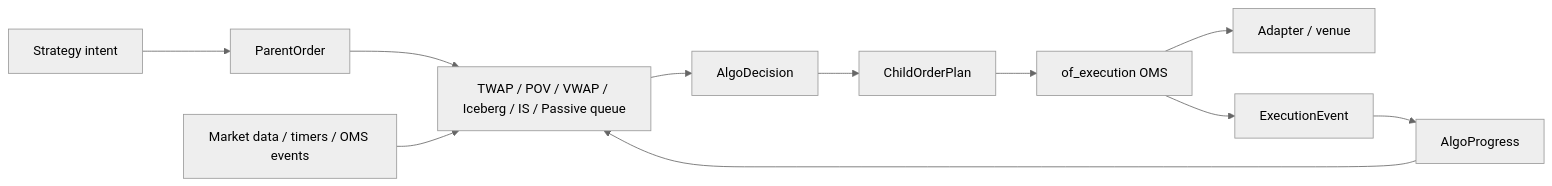
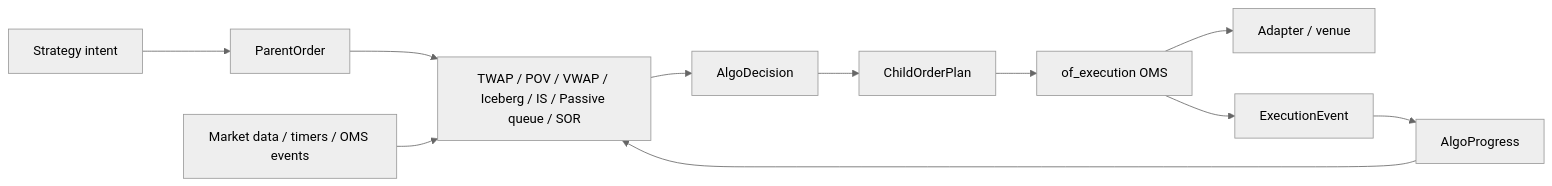
One commit to gregorian-09/orderflow changed the diagram in crates/of_execution_algos/README.md. Above: the diagram before and after it, drawn with Mermaid (neutral theme). The commit also changed other lines of this file and 5 other files, not shown here.

````diff
--- a/crates/of_execution_algos/README.md
+++ b/crates/of_execution_algos/README.md
@@ -38,13 +41,13 @@
 ```mermaid
 flowchart LR
     Strategy[Strategy intent] --> Parent[ParentOrder]
-    Parent --> Algo[TWAP / POV / VWAP / Iceberg / IS / Passive queue]
+    Parent --> Algo[TWAP / POV / VWAP / Iceberg / IS / Passive queue / SOR]
     Market[Market data / timers / OMS events] --> Algo
     Algo --> Decision[AlgoDecision]
     Decision --> Child[ChildOrderPlan]
     Child --> OMS[of_execution OMS]
     OMS --> Venue[Adapter / venue]
     OMS --> Events[ExecutionEvent]
     Events --> Progress[AlgoProgress]
     Progress --> Algo
 ```
````
